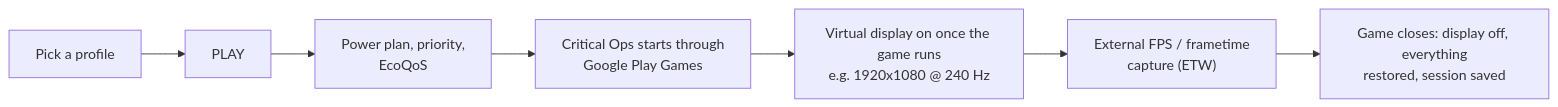
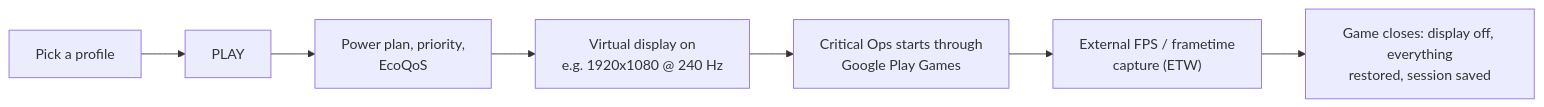
One commit to inspectsoftware/Optima changed the diagram in README.md. Above: the diagram before and after it, drawn with Mermaid. The commit also changed 11 other files, not shown here.

First line of the commit message:
Hotfix 0.8.6: the virtual display comes on at PLAY, before the game starts

````diff
--- a/README.md
+++ b/README.md
@@ -38,9 +38,9 @@
 ```mermaid
 flowchart LR
     A[Pick a profile] --> B[PLAY]
     B --> C["Power plan, priority,<br>EcoQoS"]
-    C --> D["Critical Ops starts through<br>Google Play Games"]
-    D --> E["Virtual display on once the game runs<br>e.g. 1920x1080 @ 240 Hz"]
-    E --> F["External FPS / frametime<br>capture (ETW)"]
+    C --> E["Virtual display on<br>e.g. 1920x1080 @ 240 Hz"]
+    E --> D["Critical Ops starts through<br>Google Play Games"]
+    D --> F["External FPS / frametime<br>capture (ETW)"]
     F --> G["Game closes: display off, everything<br>restored, session saved"]
 ```
````
